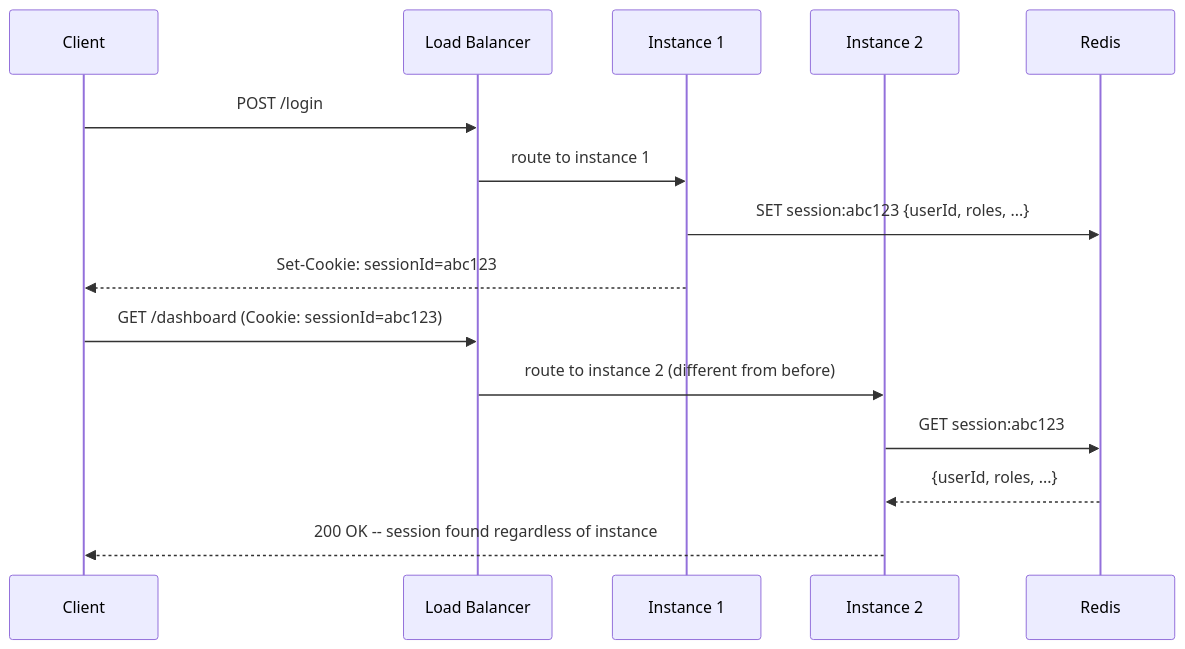
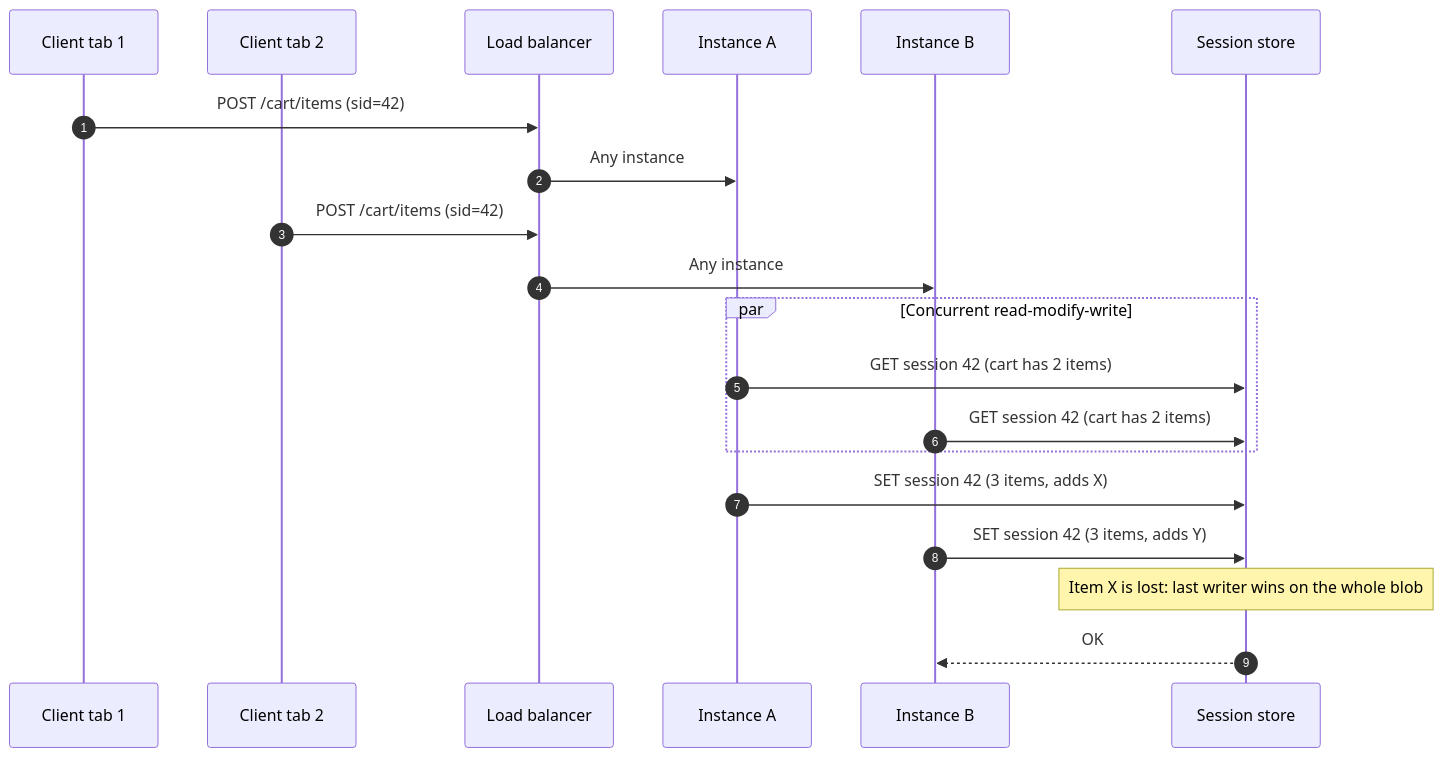
One commit to gorkemsari/distributed-systems changed the second of 5 diagrams in src/content/docs/en/foundations/monoliths-to-distributed/stateful-vs-stateless.mdx. Above: the diagram before and after it, drawn with Mermaid. The commit also changed other lines of this file and 3 other files, not shown here.

````diff
--- a/src/content/docs/en/foundations/monoliths-to-distributed/stateful-vs-stateless.mdx
+++ b/src/content/docs/en/foundations/monoliths-to-distributed/stateful-vs-stateless.mdx
@@ -94,19 +51,22 @@
 ```mermaid
 sequenceDiagram
-    participant C as Client
-    participant LB as Load Balancer
-    participant A1 as Instance 1
-    participant A2 as Instance 2
-    participant R as Redis
- 
-    C->>LB: POST /login
-    LB->>A1: route to instance 1
-    A1->>R: SET session:abc123 {userId, roles, ...}
-    A1-->>C: Set-Cookie: sessionId=abc123
- 
-    C->>LB: GET /dashboard (Cookie: sessionId=abc123)
-    LB->>A2: route to instance 2 (different from before)
-    A2->>R: GET session:abc123
-    R-->>A2: {userId, roles, ...}
-    A2-->>C: 200 OK -- session found regardless of instance
+    autonumber
+    participant C1 as Client tab 1
+    participant C2 as Client tab 2
+    participant LB as Load balancer
+    participant A as Instance A
+    participant B as Instance B
+    participant S as Session store
+    C1->>LB: POST /cart/items (sid=42)
+    LB->>A: Any instance
+    C2->>LB: POST /cart/items (sid=42)
+    LB->>B: Any instance
+    par Concurrent read-modify-write
+        A->>S: GET session 42 (cart has 2 items)
+        B->>S: GET session 42 (cart has 2 items)
+    end
+    A->>S: SET session 42 (3 items, adds X)
+    B->>S: SET session 42 (3 items, adds Y)
+    Note over S: Item X is lost: last writer wins on the whole blob
+    S-->>B: OK
 ```
````
